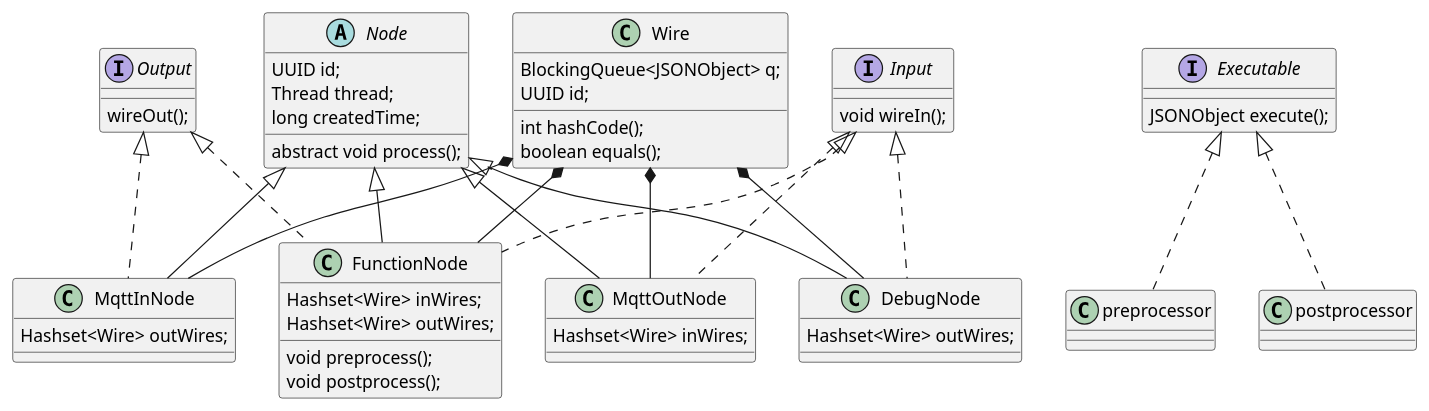
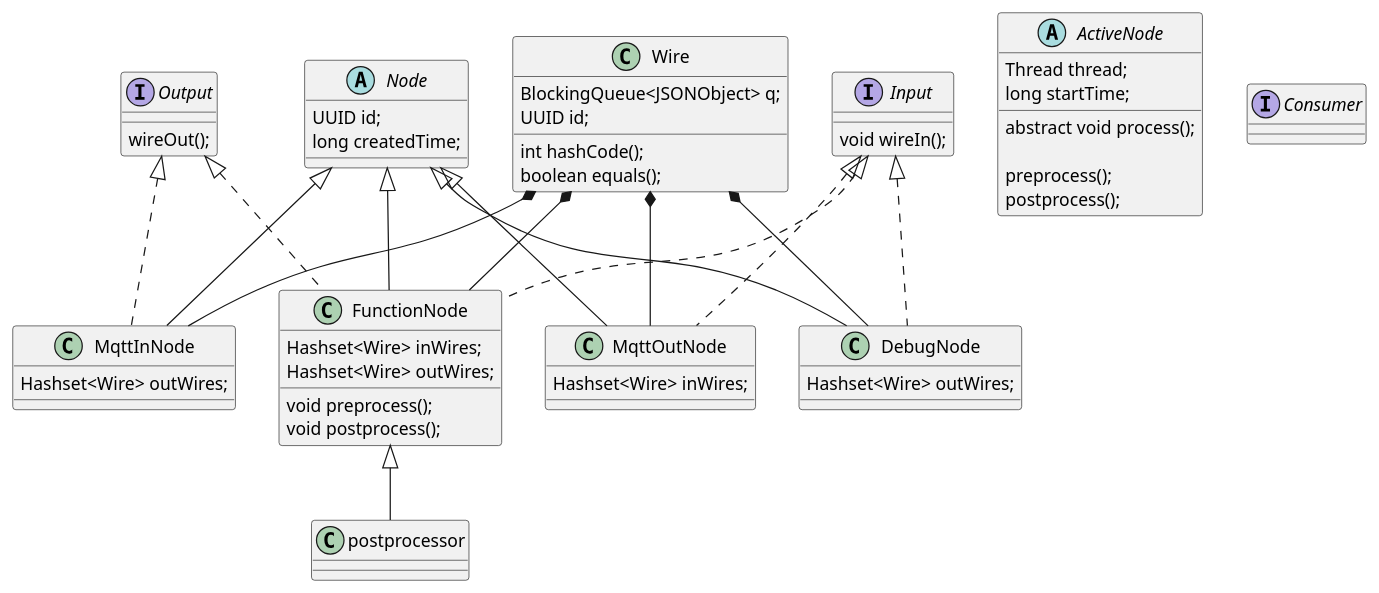
One commit to haedanui/mqtt_project changed the diagram in 구조.wsd. Above: the diagram before and after it, drawn with PlantUML. The commit also changed 9 other files, not shown here.

```diff
--- a/구조.wsd
+++ b/구조.wsd
@@ -1,72 +1,78 @@
 @startuml
 
 abstract class Node {
     UUID id;
+    long createdTime;
+}
+
+abstract class ActiveNode {
     Thread thread;
-    long createdTime;
+    long startTime;
 
     abstract void process();
+
+    preprocess();
+    postprocess();
+
 }
 
 class Wire {
     BlockingQueue<JSONObject> q;
     UUID id;
 
     int hashCode();
     boolean equals();
 }
 
 interface Output {
     wireOut();
 }
 
 interface Input {
     void wireIn();
 }
 
-interface Executable {
-    JSONObject execute();
+interface Consumer {
 }
 
 class FunctionNode {
     Hashset<Wire> inWires;
     Hashset<Wire> outWires;
 
     void preprocess();
     void postprocess();
 }
 
 class MqttInNode {
     Hashset<Wire> outWires;
 }
 
 class MqttOutNode {
     Hashset<Wire> inWires;
 }
 
 class DebugNode {
     Hashset<Wire> outWires;
 }
 
 Node <|-- MqttInNode
 Node <|-- MqttOutNode
 Node <|-- FunctionNode
 Node <|-- DebugNode
 
 Output <|.. MqttInNode
 Input <|.. MqttOutNode
 
 Output <|.. FunctionNode
 Input <|.. FunctionNode
 Input <|.. DebugNode
 
-Executable <|.. preprocessor
-Executable <|.. postprocessor
-
 Wire *-- FunctionNode
 Wire *-- MqttInNode
 Wire *-- MqttOutNode
 Wire *-- DebugNode
 
+FunctionNode <|-- postprocessor
+
 
 @enduml
```
